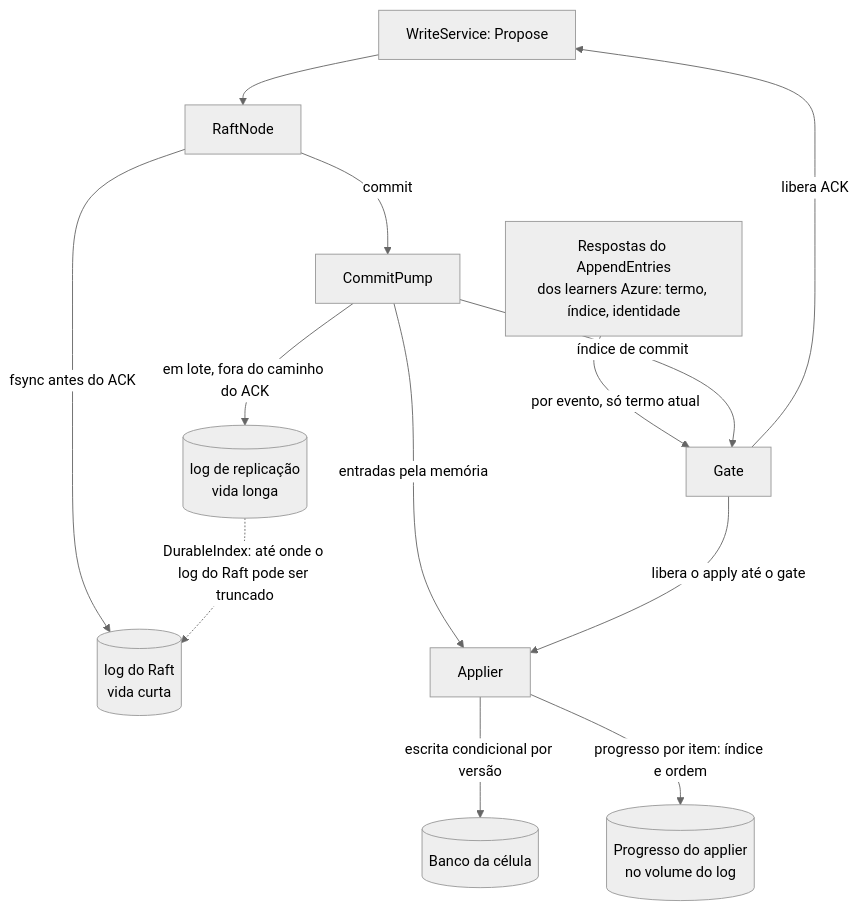
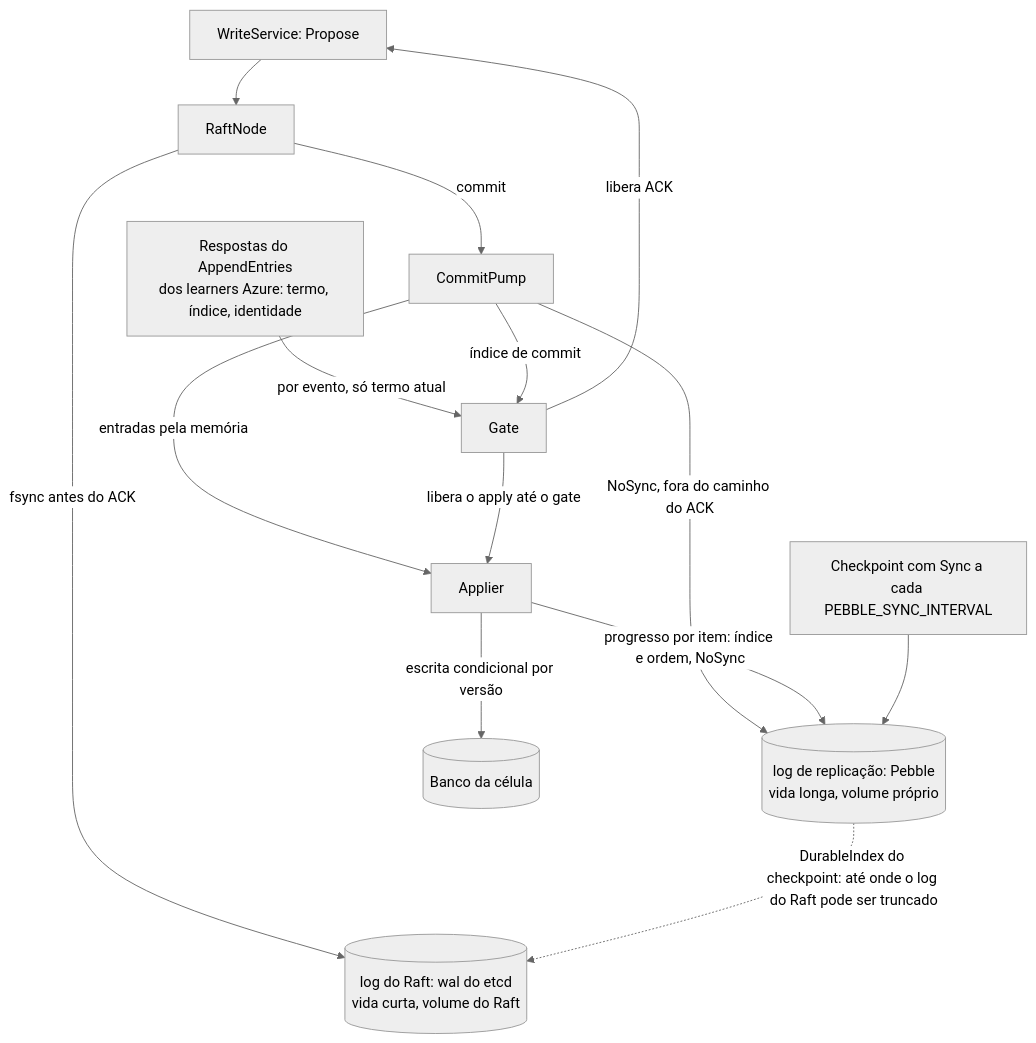
Before and after one commit to brbarmex/k: the diagram in 04_diagramas/D04-dois-logs-e-commitpump.md, drawn with Mermaid (neutral theme). The commit also changed other lines of this file and 29 other files, not shown here.

First line of the commit message:
Log de replicação em Pebble (ADR-055): derivado do Raft, sem fsync no ACK, volume separado

````diff
--- a/04_diagramas/D04-dois-logs-e-commitpump.md
+++ b/04_diagramas/D04-dois-logs-e-commitpump.md
@@ -9,15 +9,16 @@
 ```mermaid
 flowchart TD
     W["WriteService: Propose"] --> RAFT["RaftNode"]
-    RAFT -->|"fsync antes do ACK"| RLOG[("log do Raft<br/>vida curta")]
+    RAFT -->|"fsync antes do ACK"| RLOG[("log do Raft: wal do etcd<br/>vida curta, volume do Raft")]
     RAFT -->|"commit"| PUMP["CommitPump"]
     AZ["Respostas do AppendEntries<br/>dos learners Azure: termo, índice, identidade"] -->|"por evento, só termo atual"| GATE["Gate"]
     PUMP -->|"índice de commit"| GATE
     PUMP -->|"entradas pela memória"| APPL["Applier"]
-    PUMP -->|"em lote, fora do caminho do ACK"| REP[("log de replicação<br/>vida longa")]
+    PUMP -->|"NoSync, fora do caminho do ACK"| REP[("log de replicação: Pebble<br/>vida longa, volume próprio")]
     GATE -->|"libera ACK"| W
     GATE -->|"libera o apply até o gate"| APPL
     APPL -->|"escrita condicional por versão"| DB[("Banco da célula")]
-    APPL -->|"progresso por item: índice e ordem"| PROG[("Progresso do applier<br/>no volume do log")]
-    REP -.->|"DurableIndex: até onde o log do Raft pode ser truncado"| RLOG
+    APPL -->|"progresso por item: índice e ordem, NoSync"| REP
+    CK["Checkpoint com Sync a cada PEBBLE_SYNC_INTERVAL"] --> REP
+    REP -.->|"DurableIndex do checkpoint: até onde o log do Raft pode ser truncado"| RLOG
 ```
````
